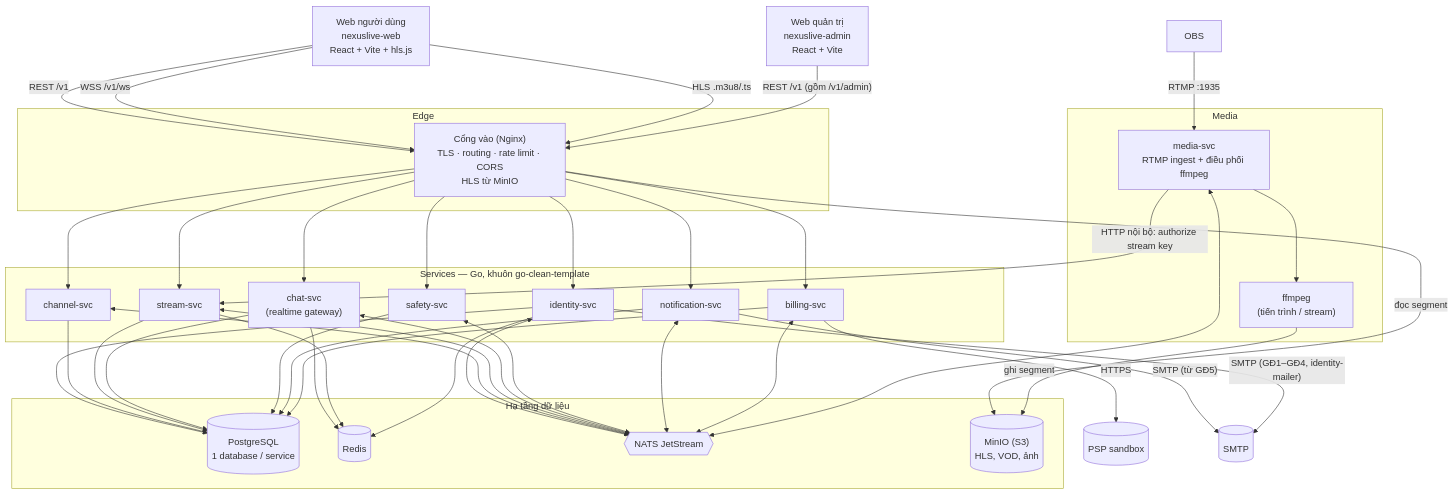
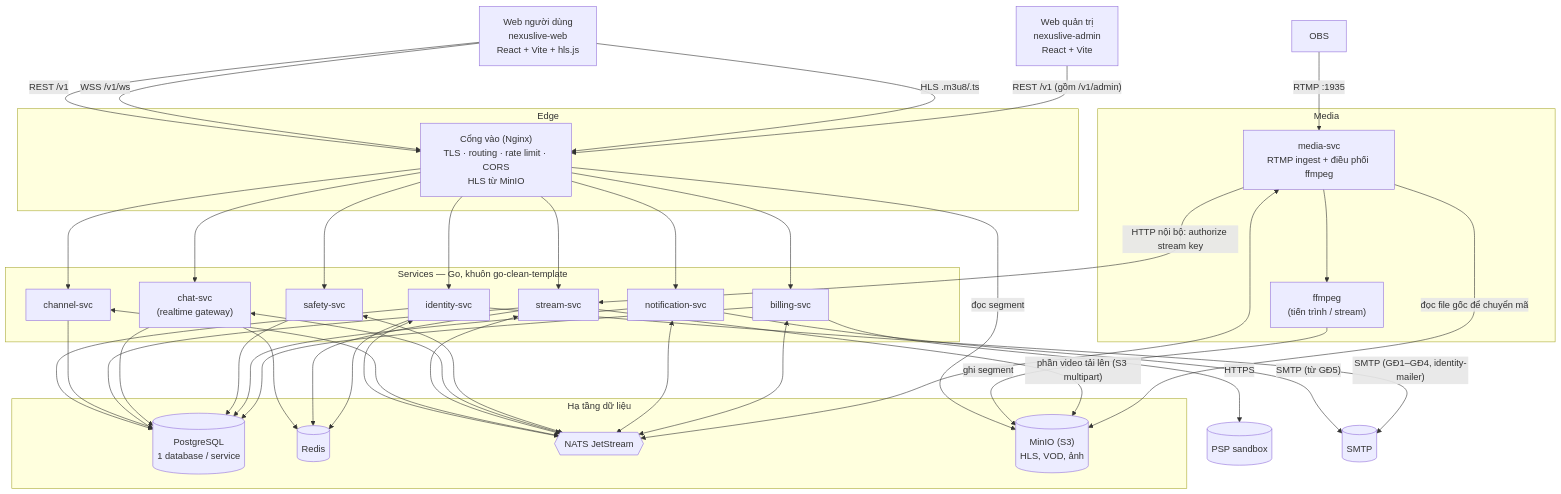
One commit to XiaoChaoMing/nexus-be changed the second of 7 diagrams in docs/architecture/system-architecture.md. Above: the diagram before and after it, drawn with Mermaid. The commit also changed other lines of this file and 7 other files, not shown here.

First line of the commit message:
docs: add video-upload ABR plans and update API and architecture

````diff
--- a/docs/architecture/system-architecture.md
+++ b/docs/architecture/system-architecture.md
@@ -53,52 +53,54 @@
 ```mermaid
 flowchart TB
     web["Web người dùng<br/>nexuslive-web<br/>React + Vite + hls.js"]
     adm["Web quản trị<br/>nexuslive-admin<br/>React + Vite"]
     obs["OBS"]
 
     subgraph EDGE[Edge]
         gw["Cổng vào (Nginx)<br/>TLS · routing · rate limit · CORS<br/>HLS từ MinIO"]
     end
 
     subgraph SVC[Services — Go, khuôn go-clean-template]
         idn["identity-svc"]
         chn["channel-svc"]
         str["stream-svc"]
         cht["chat-svc<br/>(realtime gateway)"]
         saf["safety-svc"]
         ntf["notification-svc"]
         bil["billing-svc"]
     end
 
     subgraph MEDIA[Media]
         med["media-svc<br/>RTMP ingest + điều phối ffmpeg"]
         ff["ffmpeg<br/>(tiến trình / stream)"]
     end
 
     subgraph DATA[Hạ tầng dữ liệu]
         pg[("PostgreSQL<br/>1 database / service")]
         rd[("Redis")]
         nats{{"NATS JetStream"}}
         s3[("MinIO (S3)<br/>HLS, VOD, ảnh")]
     end
 
     web -- "REST /v1" --> gw
     web -- "WSS /v1/ws" --> gw
     web -- "HLS .m3u8/.ts" --> gw
     adm -- "REST /v1 (gồm /v1/admin)" --> gw
     obs -- "RTMP :1935" --> med
 
     gw --> idn & chn & str & cht & saf & ntf & bil
     gw -- "đọc segment" --> s3
 
     med -- "HTTP nội bộ: authorize stream key" --> str
     med --> ff
     ff -- "ghi segment" --> s3
+    str -- "phần video tải lên (S3 multipart)" --> s3
+    med -- "đọc file gốc để chuyển mã" --> s3
 
     idn & chn & str & cht & saf & ntf & bil --> pg
     cht & str & idn --> rd
     idn & chn & str & cht & saf & ntf & bil & med <--> nats
     bil -- "HTTPS" --> PSP[(PSP sandbox)]
     ntf -- "SMTP (từ GĐ5)" --> MAIL[(SMTP)]
     idn -- "SMTP (GĐ1–GĐ4, identity-mailer)" --> MAIL
 ```
````
